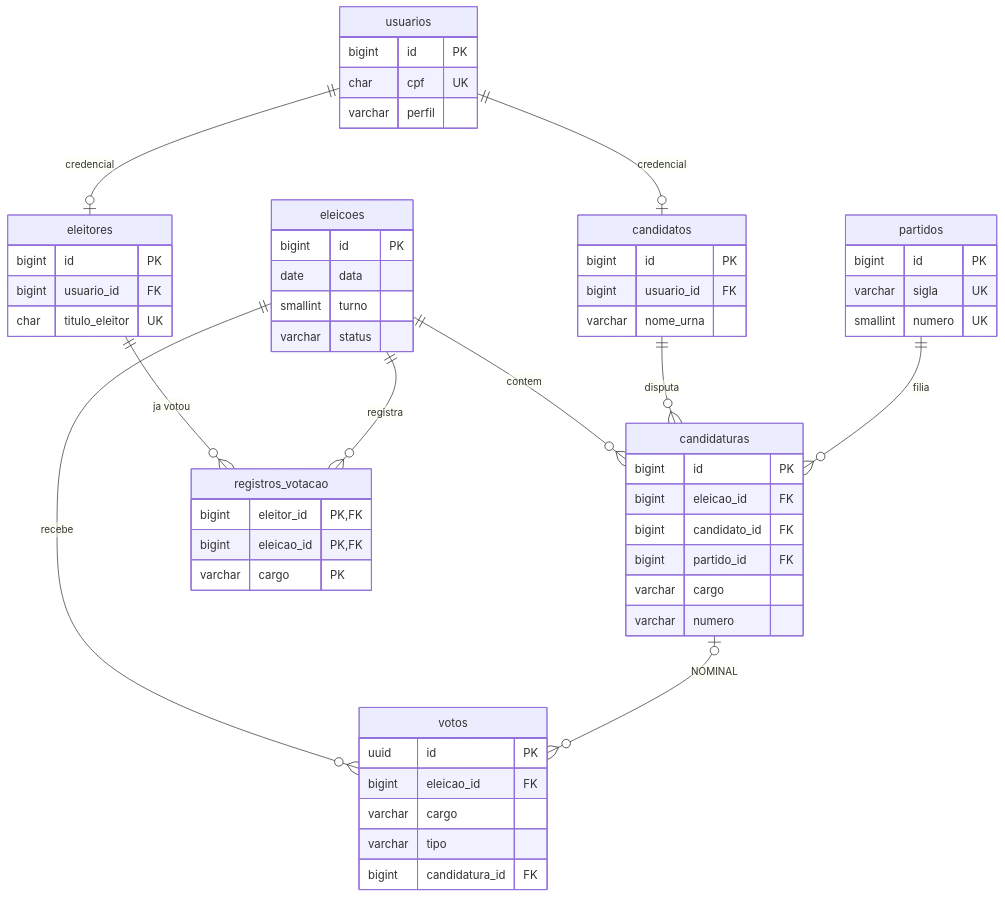
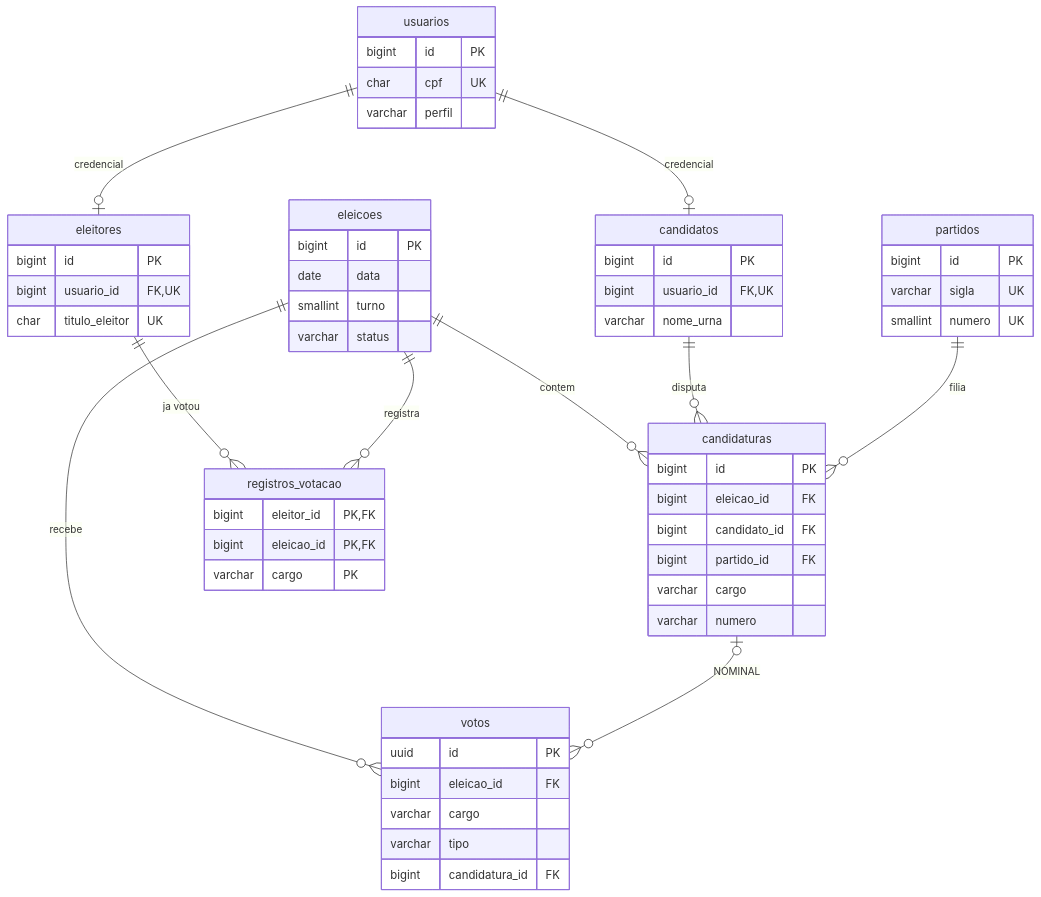
Before and after one commit to marcoslacaille/trab-es2: the third of 3 diagrams in README.md, drawn with Mermaid. The commit also changed other lines of this file and 1 other file, not shown here.

````diff
--- a/README.md
+++ b/README.md
@@ -149,58 +149,58 @@
 ```mermaid
 erDiagram
     usuarios ||--o| eleitores : credencial
     usuarios ||--o| candidatos : credencial
     eleicoes ||--o{ candidaturas : contem
     candidatos ||--o{ candidaturas : disputa
     partidos ||--o{ candidaturas : filia
     eleitores ||--o{ registros_votacao : "ja votou"
     eleicoes ||--o{ registros_votacao : registra
     eleicoes ||--o{ votos : recebe
     candidaturas |o--o{ votos : NOMINAL
     usuarios {
         bigint id PK
         char cpf UK
         varchar perfil
     }
     eleitores {
         bigint id PK
-        bigint usuario_id FK
+        bigint usuario_id FK, UK
         char titulo_eleitor UK
     }
     candidatos {
         bigint id PK
-        bigint usuario_id FK
+        bigint usuario_id FK, UK
         varchar nome_urna
     }
     partidos {
         bigint id PK
         varchar sigla UK
         smallint numero UK
     }
     eleicoes {
         bigint id PK
         date data
         smallint turno
         varchar status
     }
     candidaturas {
         bigint id PK
         bigint eleicao_id FK
         bigint candidato_id FK
         bigint partido_id FK
         varchar cargo
         varchar numero
     }
     registros_votacao {
         bigint eleitor_id PK, FK
         bigint eleicao_id PK, FK
         varchar cargo PK
     }
     votos {
         uuid id PK
         bigint eleicao_id FK
         varchar cargo
         varchar tipo
         bigint candidatura_id FK
     }
 ```
````
